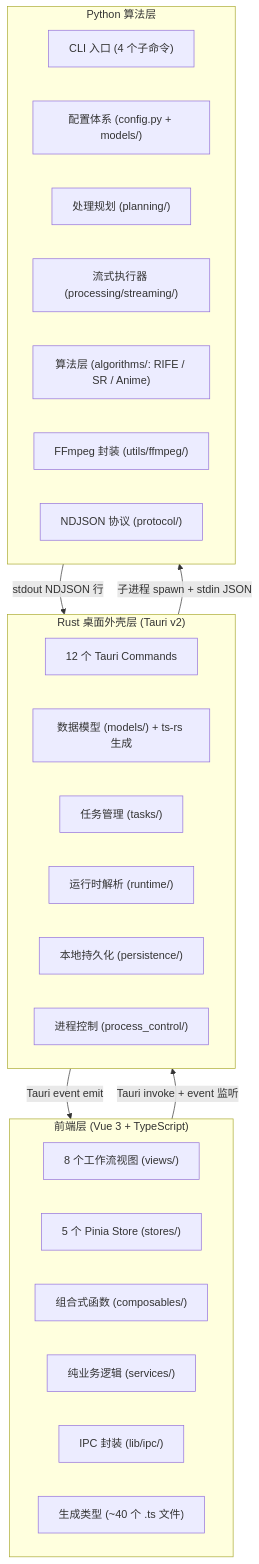
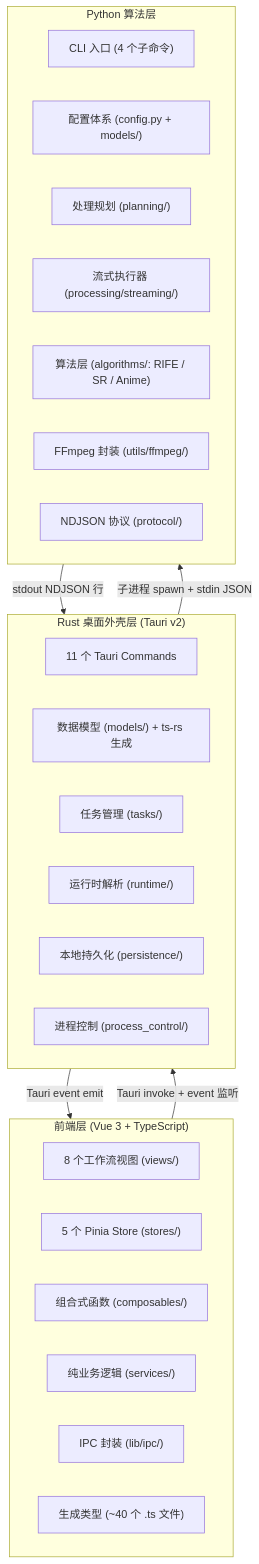
One commit to youge325/vp changed the first of 4 diagrams in docs/01-architecture-overview.md. Above: the diagram before and after it, drawn with Mermaid. The commit also changed 11 other files, not shown here.

````diff
--- a/docs/01-architecture-overview.md
+++ b/docs/01-architecture-overview.md
@@ -25,35 +25,35 @@
 ```mermaid
 graph TB
     subgraph FE["前端层 (Vue 3 + TypeScript)"]
         F1["8 个工作流视图 (views/)"]
         F2["5 个 Pinia Store (stores/)"]
         F3["组合式函数 (composables/)"]
         F4["纯业务逻辑 (services/)"]
         F5["IPC 封装 (lib/ipc/)"]
         F6["生成类型 (~40 个 .ts 文件)"]
     end
 
     subgraph RS["Rust 桌面外壳层 (Tauri v2)"]
-        R1["12 个 Tauri Commands"]
+        R1["11 个 Tauri Commands"]
         R2["数据模型 (models/) + ts-rs 生成"]
         R3["任务管理 (tasks/)"]
         R4["运行时解析 (runtime/)"]
         R5["本地持久化 (persistence/)"]
         R6["进程控制 (process_control/)"]
     end
 
     subgraph PY["Python 算法层"]
         P1["CLI 入口 (4 个子命令)"]
         P2["配置体系 (config.py + models/)"]
         P3["处理规划 (planning/)"]
         P4["流式执行器 (processing/streaming/)"]
         P5["算法层 (algorithms/: RIFE / SR / Anime)"]
         P6["FFmpeg 封装 (utils/ffmpeg/)"]
         P7["NDJSON 协议 (protocol/)"]
     end
 
     FE -- "Tauri invoke + event 监听" --> RS
     RS -- "子进程 spawn + stdin JSON" --> PY
     PY -- "stdout NDJSON 行" --> RS
     RS -- "Tauri event emit" --> FE
 ```
````
